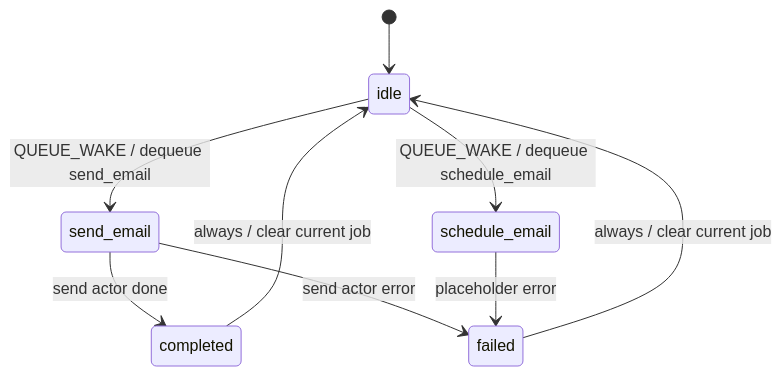
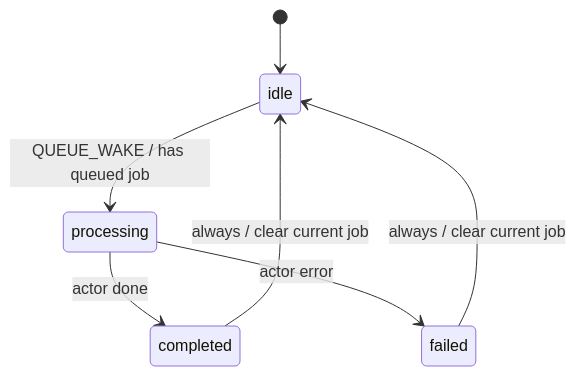
One commit to ranjitd-sys/Workflow changed the fifth of 7 diagrams in docs/SYSTEM_DIAGRAM.md. Above: the diagram before and after it, drawn with Mermaid. The commit also changed other lines of this file and 37 other files, not shown here.

````diff
--- a/docs/SYSTEM_DIAGRAM.md
+++ b/docs/SYSTEM_DIAGRAM.md
@@ -304,11 +287,9 @@
 ```mermaid
 stateDiagram-v2
   [*] --> idle
-  idle --> send_email: QUEUE_WAKE / dequeue send_email
-  idle --> schedule_email: QUEUE_WAKE / dequeue schedule_email
-  send_email --> completed: send actor done
-  send_email --> failed: send actor error
-  schedule_email --> failed: placeholder error
+  idle --> processing: QUEUE_WAKE / has queued job
+  processing --> completed: actor done
+  processing --> failed: actor error
   completed --> idle: always / clear current job
   failed --> idle: always / clear current job
 ```
````
